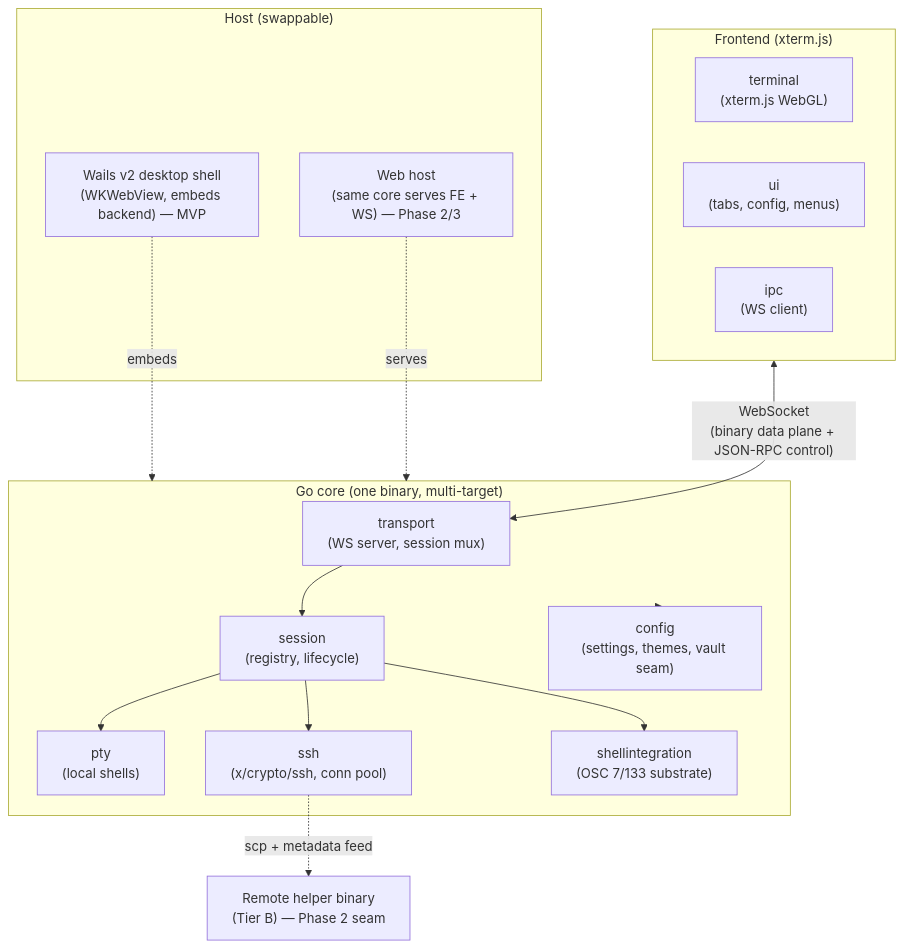
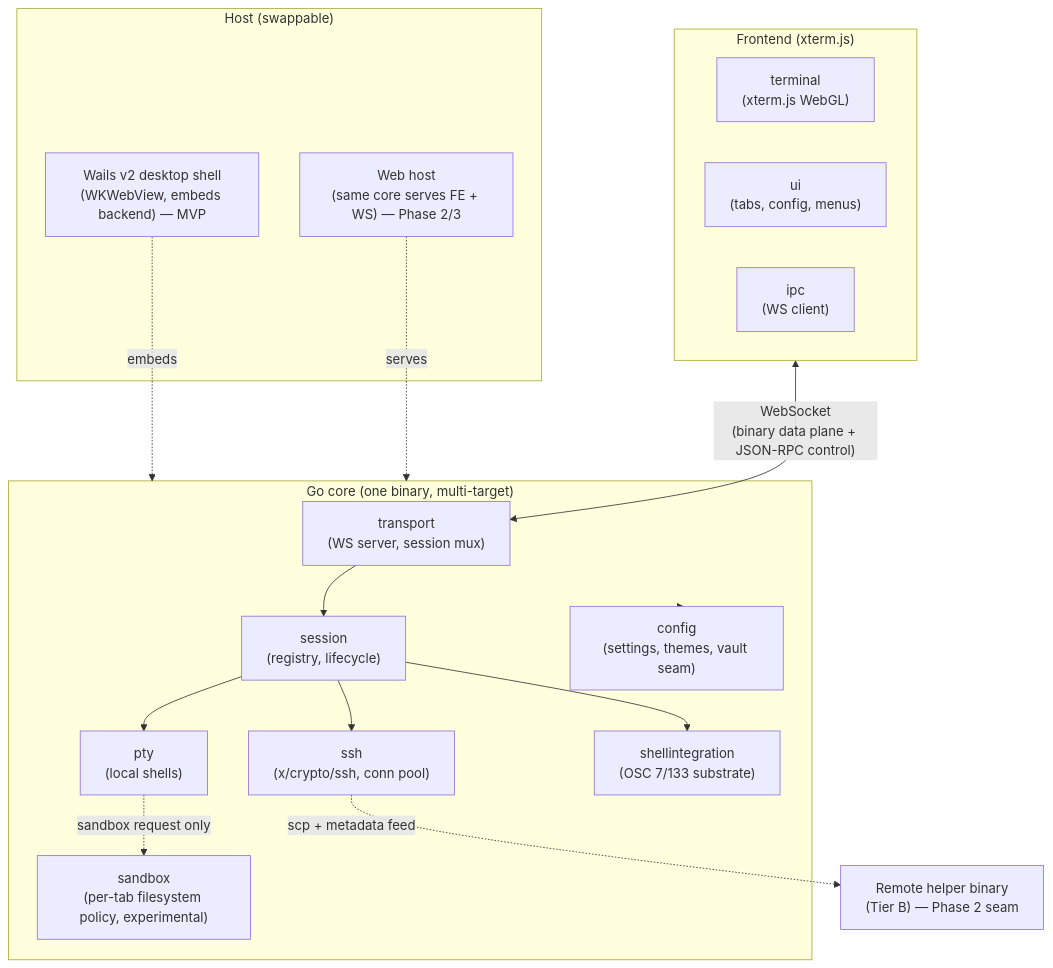
Before and after one commit to avlokhturov/nocx: the first of 2 diagrams in docs/architecture.md, drawn with Mermaid. The commit also changed other lines of this file and 78 other files, not shown here.

Commit message:
feat(sandbox): enforce per-tab filesystem isolation

````diff
--- a/docs/architecture.md
+++ b/docs/architecture.md
@@ -16,34 +16,36 @@
 ```mermaid
 graph TB
     subgraph host["Host (swappable)"]
         wails["Wails v2 desktop shell<br/>(WKWebView, embeds backend) — MVP"]
         webhost["Web host<br/>(same core serves FE + WS) — Phase 2/3"]
     end
 
     subgraph fe["Frontend (xterm.js)"]
         terminal["terminal<br/>(xterm.js WebGL)"]
         ui["ui<br/>(tabs, config, menus)"]
         ipc["ipc<br/>(WS client)"]
     end
 
     subgraph core["Go core (one binary, multi-target)"]
         transport["transport<br/>(WS server, session mux)"]
         session["session<br/>(registry, lifecycle)"]
         pty["pty<br/>(local shells)"]
+        sandbox["sandbox<br/>(per-tab filesystem policy, experimental)"]
         ssh["ssh<br/>(x/crypto/ssh, conn pool)"]
         config["config<br/>(settings, themes, vault seam)"]
         shellint["shellintegration<br/>(OSC 7/133 substrate)"]
     end
 
     remote["Remote helper binary<br/>(Tier B) — Phase 2 seam"]
 
     wails -.embeds.-> core
     webhost -.serves.-> core
     fe <-->|"WebSocket<br/>(binary data plane + JSON-RPC control)"| transport
     transport --> session
     session --> pty
     session --> ssh
     session --> shellint
+    pty -.->|"sandbox request only"| sandbox
     core --> config
     ssh -.->|"scp + metadata feed"| remote
 ```
````
